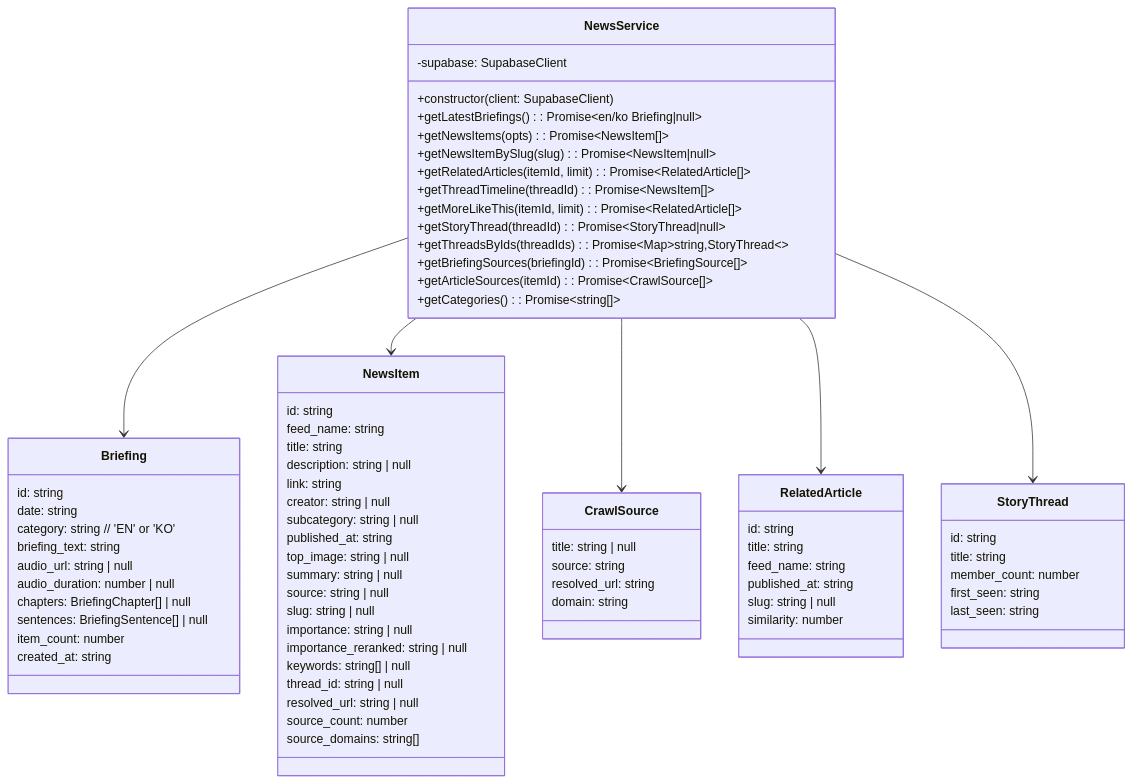
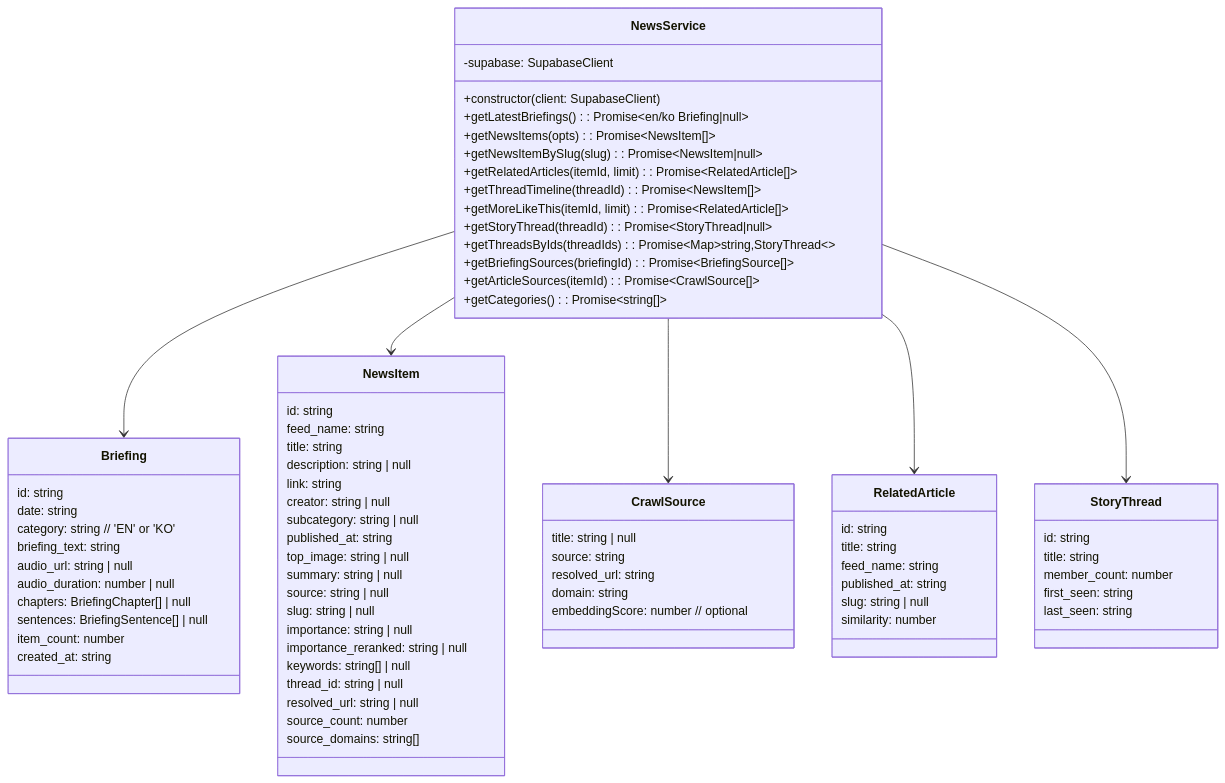
Before and after one commit to choym92/araverus: the fifth of 6 diagrams in docs/2-news-frontend.md, drawn with Mermaid. The commit also changed other lines of this file and 12 other files, not shown here.

```diff
--- a/docs/2-news-frontend.md
+++ b/docs/2-news-frontend.md
@@ -526,6 +529,7 @@
         source: string
         resolved_url: string
         domain: string
+        embeddingScore: number  // optional
     }
 
     class RelatedArticle {
```
